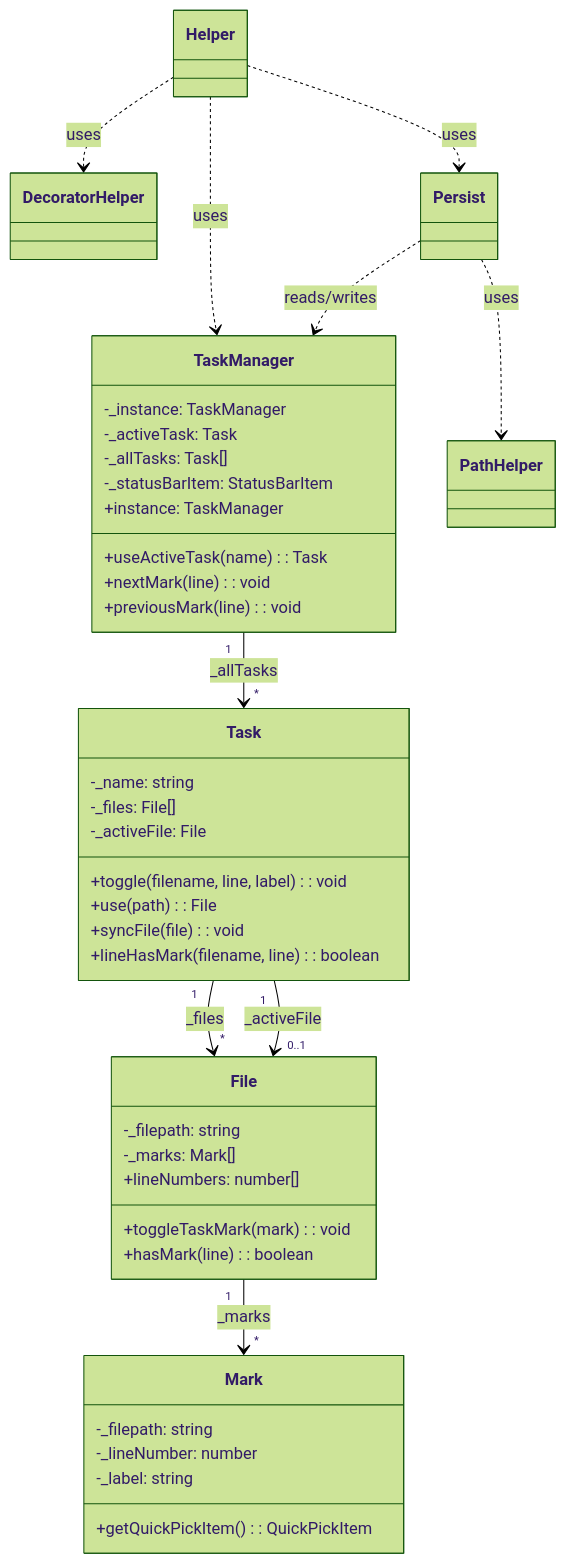
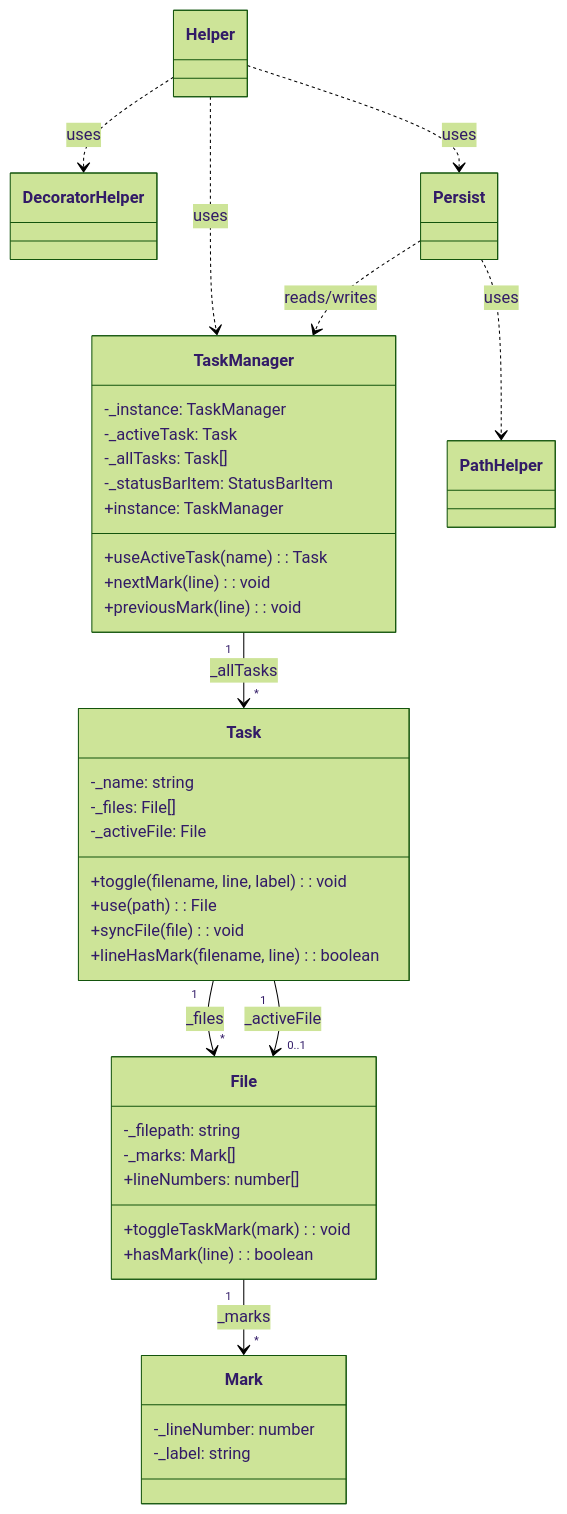
The first of 5 diagrams in docu/ARCHITECTURE.md (norbertK/taskmarks), drawn with Mermaid (forest theme) before and after one commit. The commit also changed other lines of this file and 9 other files, not shown here.

````diff
--- a/docu/ARCHITECTURE.md
+++ b/docu/ARCHITECTURE.md
@@ -44,50 +44,48 @@
 ```mermaid
 classDiagram
     TaskManager "1" --> "*" Task : _allTasks
     Task "1" --> "*" File : _files
     Task "1" --> "0..1" File : _activeFile
     File "1" --> "*" Mark : _marks
     
     Helper ..> TaskManager : uses
     Helper ..> DecoratorHelper : uses
     Helper ..> Persist : uses
     
     Persist ..> TaskManager : reads/writes
     Persist ..> PathHelper : uses
     
     class TaskManager {
         -_instance: TaskManager
         -_activeTask: Task
         -_allTasks: Task[]
         -_statusBarItem: StatusBarItem
         +instance: TaskManager
         +useActiveTask(name): Task
         +nextMark(line): void
         +previousMark(line): void
     }
     
     class Task {
         -_name: string
         -_files: File[]
         -_activeFile: File
         +toggle(filename, line, label): void
         +use(path): File
         +syncFile(file): void
         +lineHasMark(filename, line): boolean
     }
     
     class File {
         -_filepath: string
         -_marks: Mark[]
         +toggleTaskMark(mark): void
         +hasMark(line): boolean
         +lineNumbers: number[]
     }
     
     class Mark {
-        -_filepath: string
         -_lineNumber: number
         -_label: string
-        +getQuickPickItem(): QuickPickItem
     }
 ```
````
